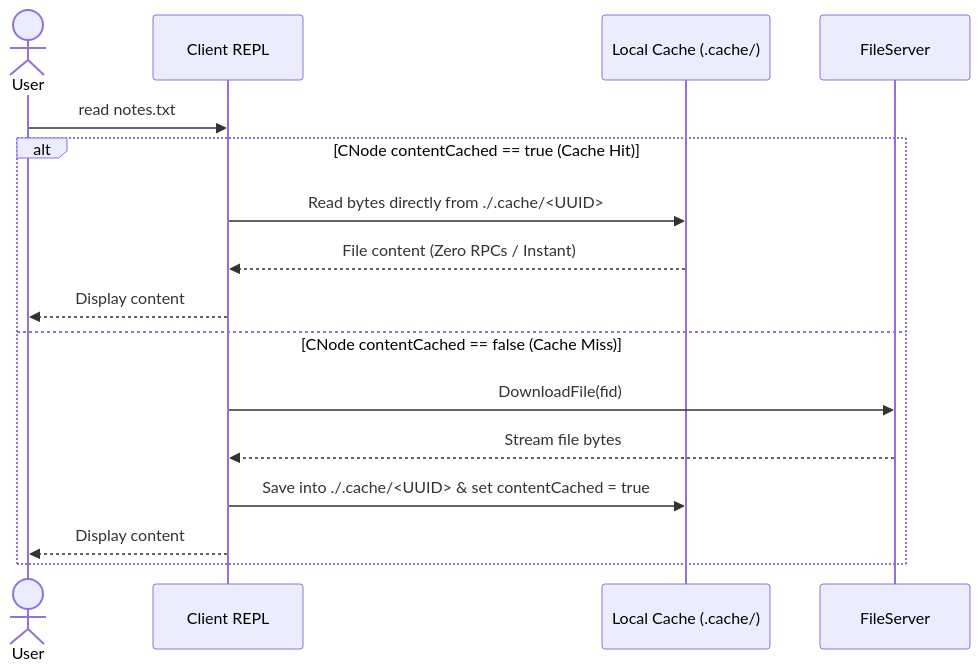
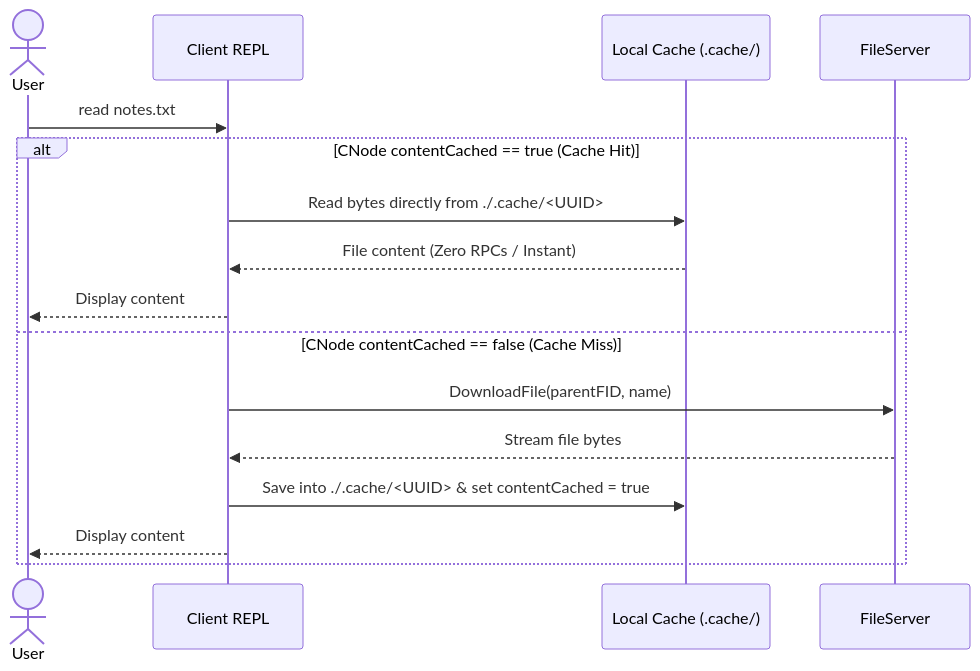
One commit to DVFS-IIT-Gandhinagar/Distributed-Virtual-File-System changed the fifth of 7 diagrams in docs/architecture.md. Above: the diagram before and after it, drawn with Mermaid. The commit also changed other lines of this file and 41 other files, not shown here.

````diff
--- a/docs/architecture.md
+++ b/docs/architecture.md
@@ -210,19 +215,19 @@
 ```mermaid
 sequenceDiagram
     actor User
     participant CL as Client REPL
     participant CH as Local Cache (.cache/)
     participant FS as FileServer
 
     User->>CL: read notes.txt
     alt CNode contentCached == true (Cache Hit)
         CL->>CH: Read bytes directly from ./.cache/<UUID>
         CH-->>CL: File content (Zero RPCs / Instant)
         CL-->>User: Display content
     else CNode contentCached == false (Cache Miss)
-        CL->>FS: DownloadFile(fid)
+        CL->>FS: DownloadFile(parentFID, name)
         FS-->>CL: Stream file bytes
         CL->>CH: Save into ./.cache/<UUID> & set contentCached = true
         CL-->>User: Display content
     end
 ```
````
